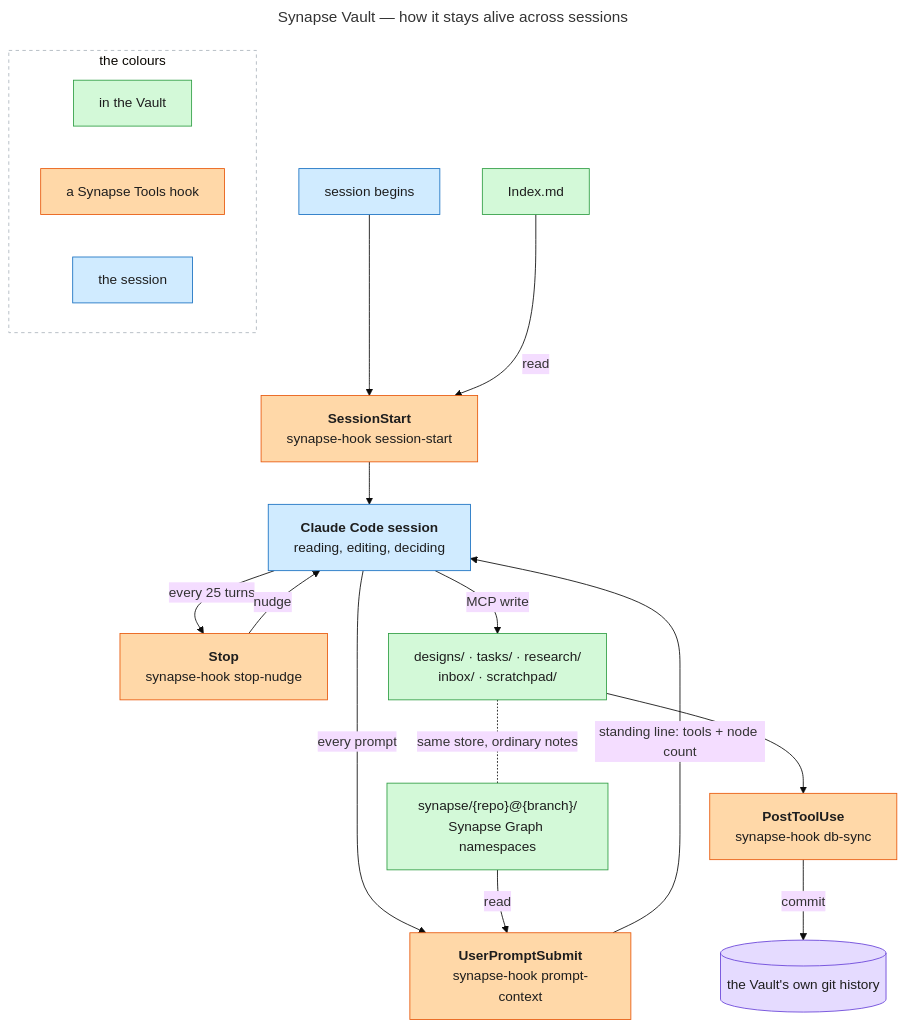
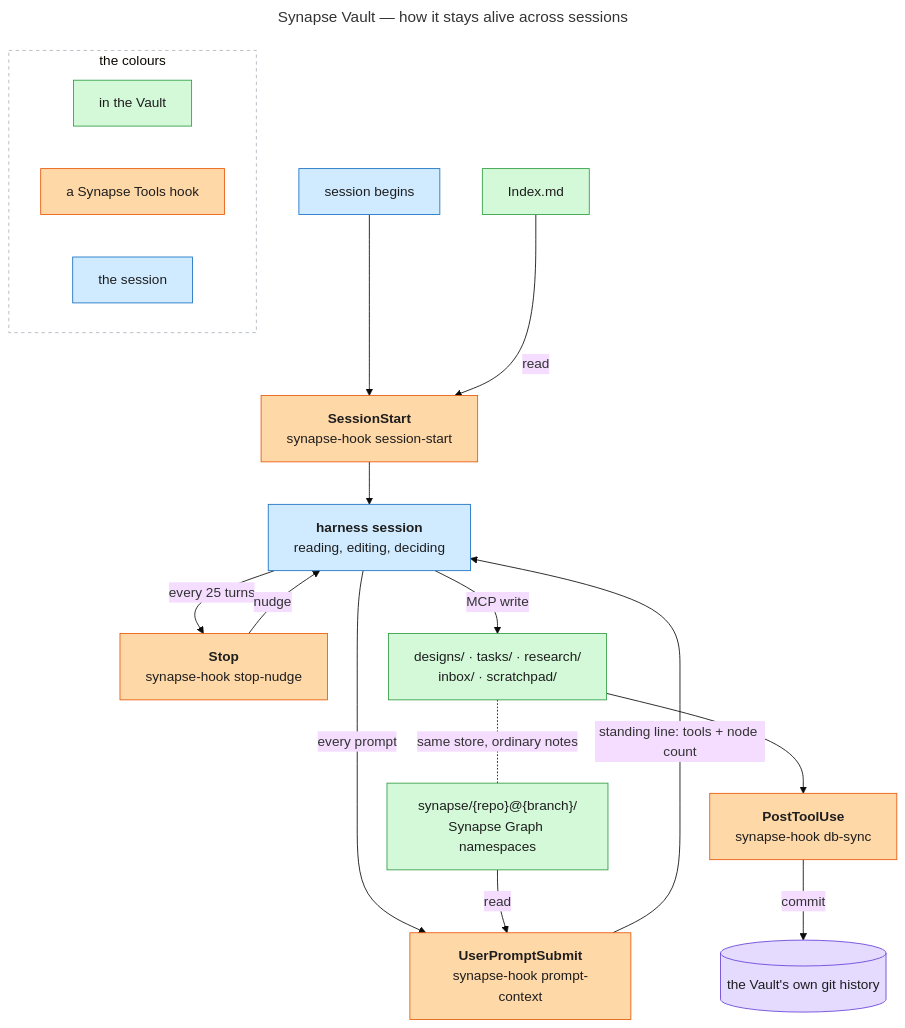
The diagram in docs/synapse/diagrams/synapse-vault-overview.mmd (imunitic/synapse), drawn with Mermaid (base theme) before and after one commit. The commit also changed 5 other files, not shown here.

First line of the commit message:
docs(synapse): genericize diagram wording past Claude Code

```diff
--- a/docs/synapse/diagrams/synapse-vault-overview.mmd
+++ b/docs/synapse/diagrams/synapse-vault-overview.mmd
@@ -1,58 +1,58 @@
 ---
 title: Synapse Vault — how it stays alive across sessions
 ---
 %% Kept deliberately flat: NO subgraph for the Vault. Mermaid drew its cluster box
 %% around the hooks and the session too, which reads as "these live inside the
 %% Vault" -- false. Colour carries membership instead, and edge labels are held
 %% to two or three words. Long labels on crossing edges land on top of boxes.
 %% -- Boxes carry NAMES. What each hook actually does is in the reference table
 %% under this diagram in docs/synapse-vault.md: a rectangle holding five lines of
 %% mechanism is a paragraph in a box, unreadable at exactly the glance a diagram
 %% exists to serve.
 flowchart TB
     classDef hook fill:#ffd8a8,stroke:#e8590c,color:#1e1e1e
     classDef vault fill:#d3f9d8,stroke:#2f9e44,color:#1e1e1e
     classDef session fill:#d0ebff,stroke:#1971c2,color:#1e1e1e
     classDef store fill:#e5dbff,stroke:#6741d9,color:#1e1e1e
 
     BEGIN["session begins"]
     H1["<b>SessionStart</b><br/>synapse-hook session-start"]
-    WORK["<b>Claude Code session</b><br/>reading, editing, deciding"]
+    WORK["<b>harness session</b><br/>reading, editing, deciding"]
     H2["<b>Stop</b><br/>synapse-hook stop-nudge"]
     H3["<b>PostToolUse</b><br/>synapse-hook db-sync"]
     H4["<b>UserPromptSubmit</b><br/>synapse-hook prompt-context"]
 
     IDX["Index.md"]
     FOLDERS["designs/ · tasks/ · research/<br/>inbox/ · scratchpad/"]
     SYN["synapse/{repo}@{branch}/<br/>Synapse Graph namespaces"]
     GIT[("the Vault's own git history")]
 
     BEGIN --> H1
     IDX -->|"read"| H1
     H1 --> WORK
     WORK -->|"every 25 turns"| H2
     H2 -->|"nudge"| WORK
     WORK -->|"every prompt"| H4
     SYN -->|"read"| H4
     H4 -->|"standing line: tools + node count"| WORK
     WORK -->|"MCP write"| FOLDERS
     FOLDERS --> H3
     H3 -->|"commit"| GIT
 
     class H1,H2,H3,H4 hook
     class IDX,FOLDERS,SYN vault
     class BEGIN,WORK session
     class GIT store
 
     FOLDERS -.-|"same store, ordinary notes"| SYN
 
     subgraph KEY["the colours"]
         direction LR
         K1["in the Vault"]
         K2["a Synapse Tools hook"]
         K3["the session"]
     end
     class K1 vault
     class K2 hook
     class K3 session
     style KEY fill:#ffffff,stroke:#adb5bd,stroke-dasharray:4 4
```
